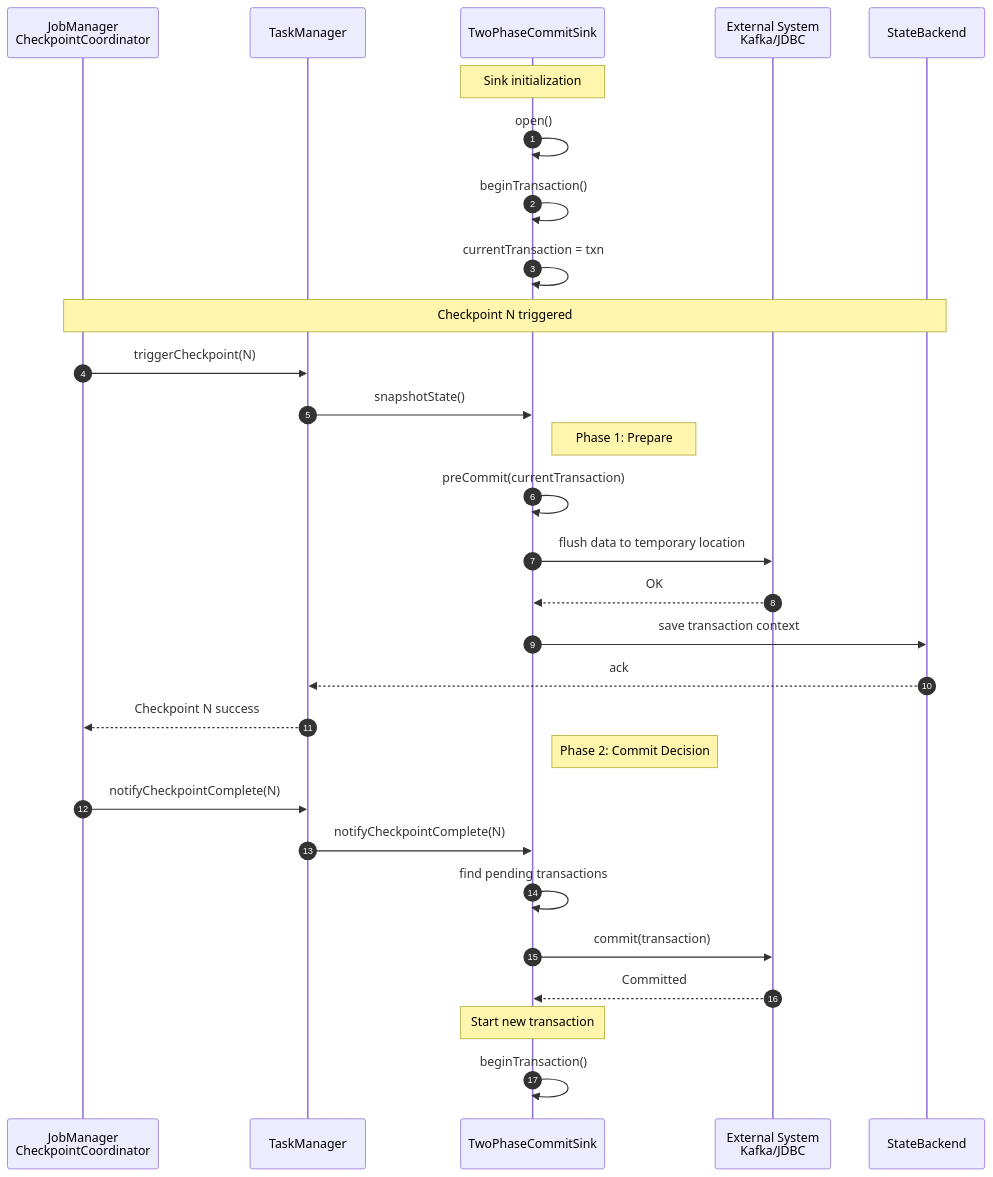
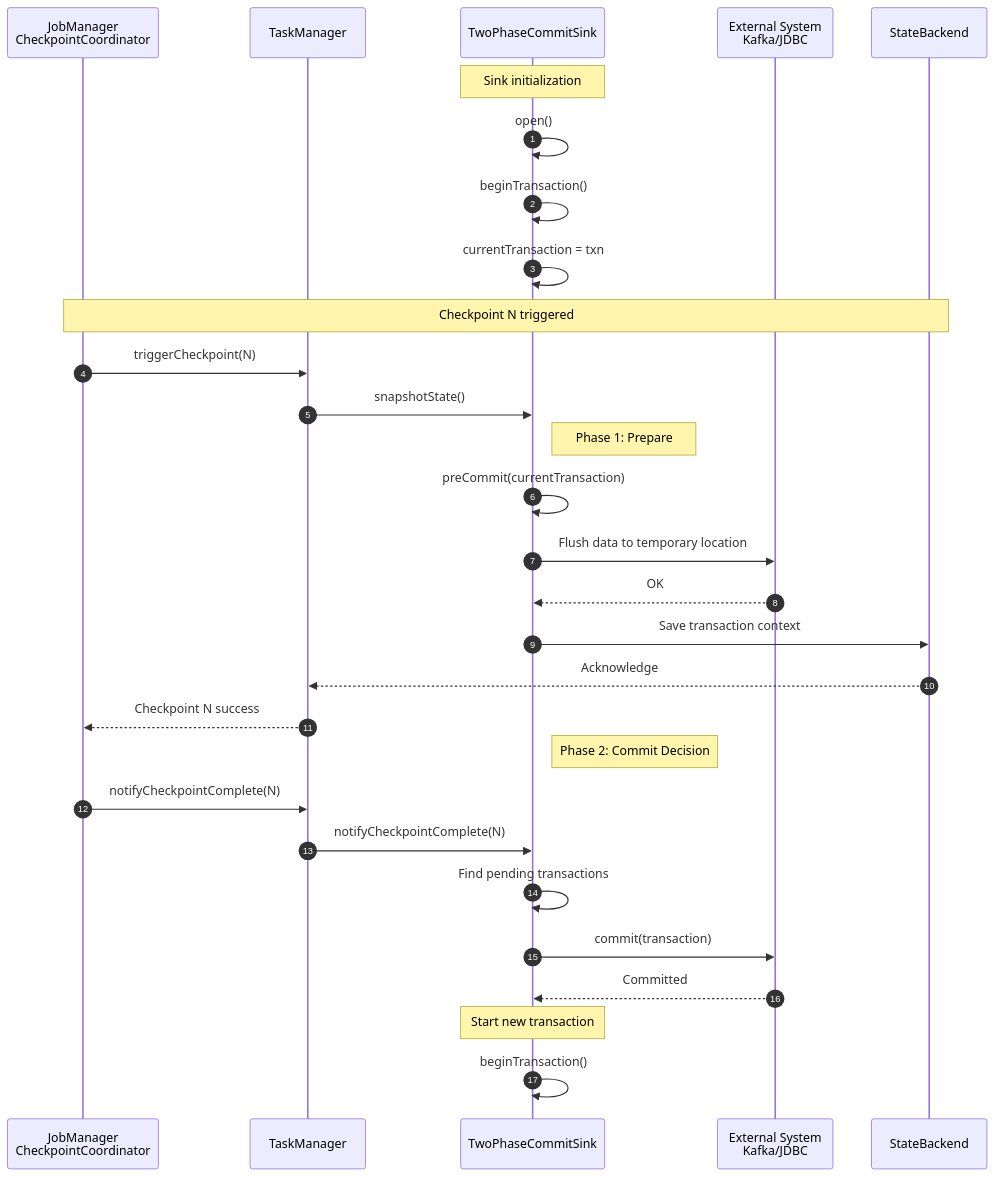
One commit to AdaMartin18010/AnalysisDataFlow changed the fifth of 6 diagrams in i18n/en/Flink/02-core/exactly-once-end-to-end-en.md. Above: the diagram before and after it, drawn with Mermaid. The commit also changed other lines of this file and 679 other files, not shown here.

````diff
--- a/i18n/en/Flink/02-core/exactly-once-end-to-end-en.md
+++ b/i18n/en/Flink/02-core/exactly-once-end-to-end-en.md
@@ -453,37 +746,37 @@
 ```mermaid
 sequenceDiagram
     autonumber
     participant JM as JobManager<br/>CheckpointCoordinator
     participant TM as TaskManager
     participant Sink as TwoPhaseCommitSink
     participant Ext as External System<br/>Kafka/JDBC
     participant State as StateBackend
 
     Note over Sink: Sink initialization
     Sink->>Sink: open()
     Sink->>Sink: beginTransaction()
     Sink->>Sink: currentTransaction = txn
 
     Note over JM,State: Checkpoint N triggered
     JM->>TM: triggerCheckpoint(N)
     TM->>Sink: snapshotState()
 
     Note right of Sink: Phase 1: Prepare
     Sink->>Sink: preCommit(currentTransaction)
-    Sink->>Ext: flush data to temporary location
+    Sink->>Ext: Flush data to temporary location
     Ext-->>Sink: OK
 
-    Sink->>State: save transaction context
-    State-->>TM: ack
+    Sink->>State: Save transaction context
+    State-->>TM: Acknowledge
     TM-->>JM: Checkpoint N success
 
     Note right of Sink: Phase 2: Commit Decision
     JM->>TM: notifyCheckpointComplete(N)
     TM->>Sink: notifyCheckpointComplete(N)
-    Sink->>Sink: find pending transactions
+    Sink->>Sink: Find pending transactions
     Sink->>Ext: commit(transaction)
     Ext-->>Sink: Committed
 
     Note over Sink: Start new transaction
     Sink->>Sink: beginTransaction()
 ```
````
